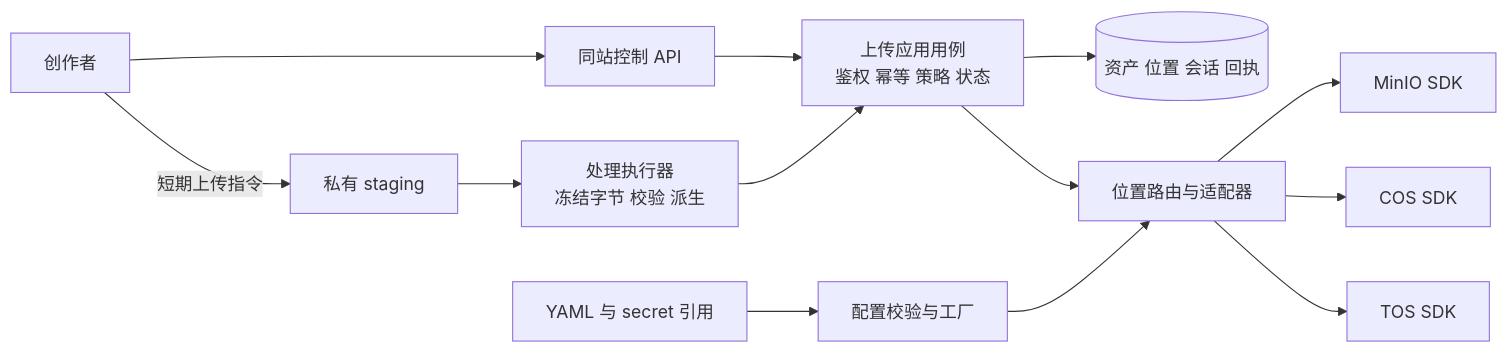
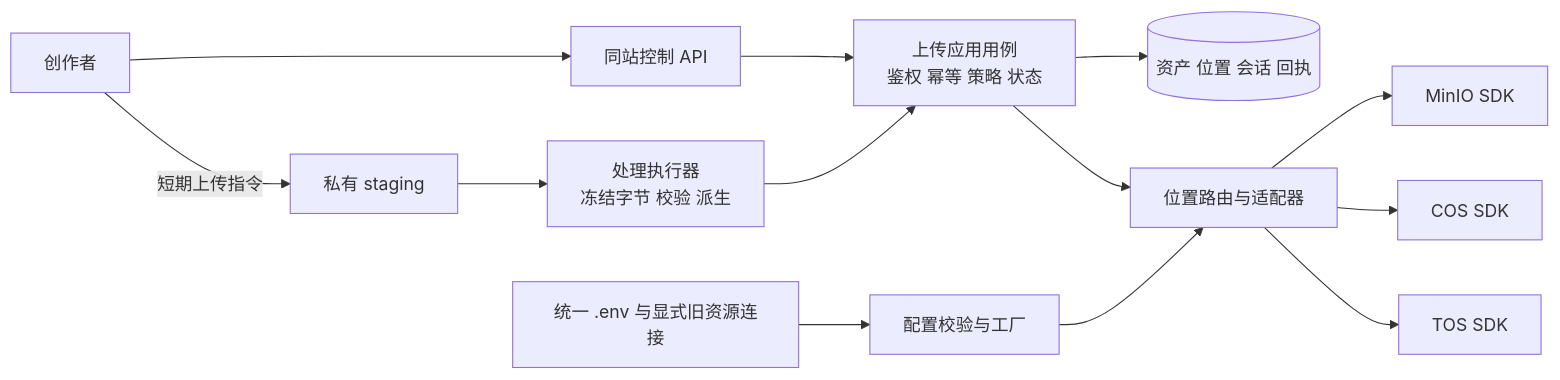
One commit to StephenQiu30/glowloom changed the second of 2 diagrams in docs/design/08-文件上传服务调研与架构设计.md. Above: the diagram before and after it, drawn with Mermaid. The commit also changed other lines of this file and 382 other files, not shown here.

````diff
--- a/docs/design/08-文件上传服务调研与架构设计.md
+++ b/docs/design/08-文件上传服务调研与架构设计.md
@@ -226,15 +226,15 @@
 ```mermaid
 flowchart LR
     U[创作者] --> H[同站控制 API]
     H --> A[上传应用用例\n鉴权 幂等 策略 状态]
     A --> P[(资产 位置 会话 回执)]
     A --> O[位置路由与适配器]
-    C[YAML 与 secret 引用] --> F[配置校验与工厂]
+    C[统一 .env 与显式旧资源连接] --> F[配置校验与工厂]
     F --> O
     O --> M[MinIO SDK]
     O --> Q[COS SDK]
     O --> T[TOS SDK]
     U -->|短期上传指令| S[私有 staging]
     S --> W[处理执行器\n冻结字节 校验 派生]
     W --> A
 ```
````
